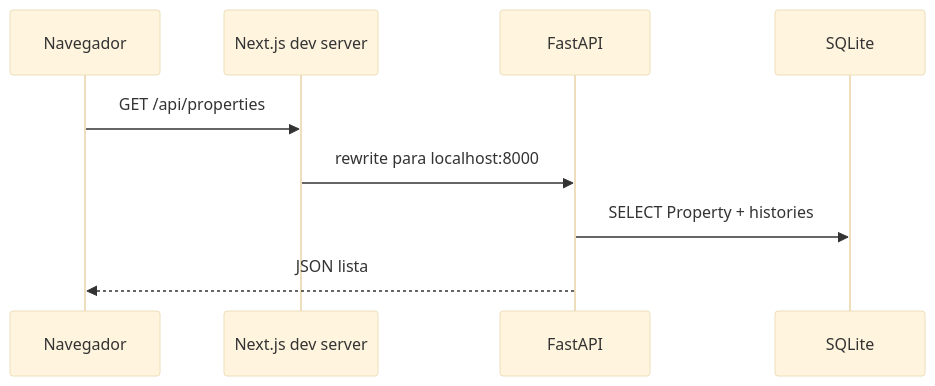
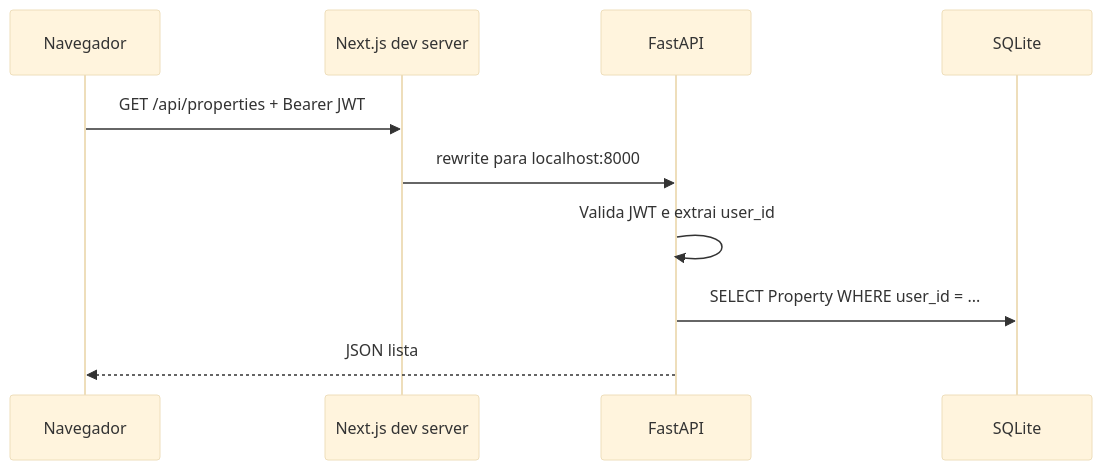
The second of 3 diagrams in docs/arquitetura.md (atejap05/monitora-imoveis), drawn with Mermaid (base theme) before and after one commit. The commit also changed other lines of this file and 6 other files, not shown here.

Commit message:
docs: update README and architecture documentation to reflect user authentication with Clerk, multi-tenant property management, and enhanced data handling; clarify roadmap and task details

````diff
--- a/docs/arquitetura.md
+++ b/docs/arquitetura.md
@@ -67,12 +71,13 @@
 ```mermaid
 sequenceDiagram
     participant Browser as Navegador
     participant Next as Next.js dev server
     participant API as FastAPI
     participant DB as SQLite
 
-    Browser->>Next: GET /api/properties
+    Browser->>Next: GET /api/properties + Bearer JWT
     Next->>API: rewrite para localhost:8000
-    API->>DB: SELECT Property + histories
+    API->>API: Valida JWT e extrai user_id
+    API->>DB: SELECT Property WHERE user_id = ...
     API-->>Browser: JSON lista
 ```
````
